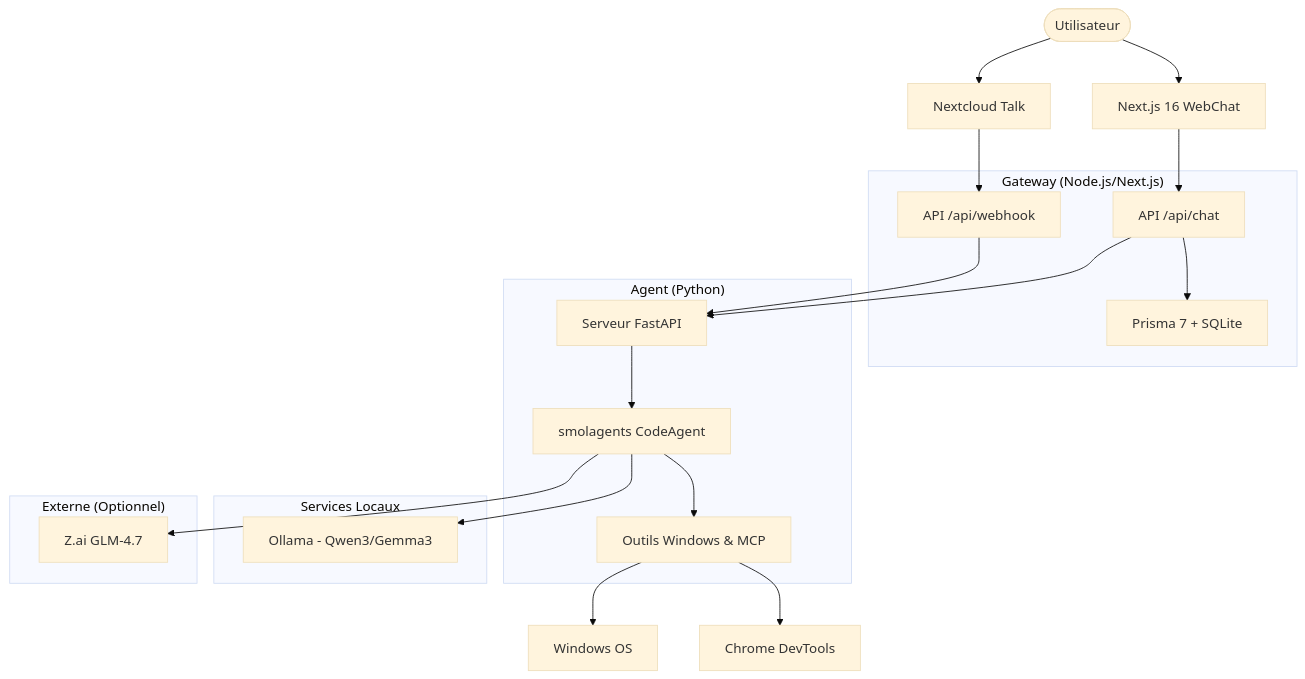
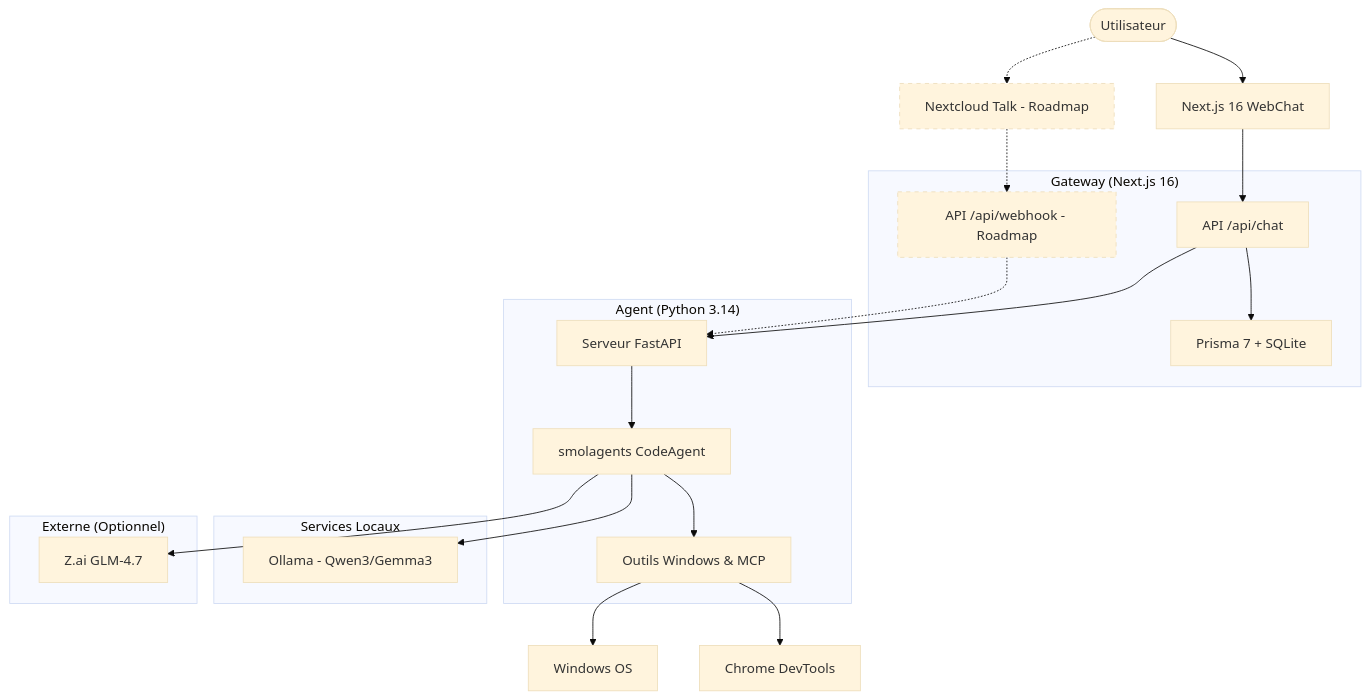
One commit to laurentvv/my-claw changed the diagram in README.fr.md. Above: the diagram before and after it, drawn with Mermaid (base theme). The commit also changed other lines of this file and 5 other files, not shown here.

````diff
--- a/README.fr.md
+++ b/README.fr.md
@@ -50,40 +50,43 @@
 ```mermaid
 graph TD
     User([Utilisateur])
     WebChat[Next.js 16 WebChat]
-    NCTalk[Nextcloud Talk]
+    NCTalk[Nextcloud Talk - Roadmap]
 
-    subgraph "Gateway (Node.js/Next.js)"
+    subgraph Gateway ["Gateway (Next.js 16)"]
         API_Chat[API /api/chat]
-        API_Webhook[API /api/webhook]
+        API_Webhook[API /api/webhook - Roadmap]
         Prisma[Prisma 7 + SQLite]
     end
 
-    subgraph "Agent (Python)"
+    subgraph Agent ["Agent (Python 3.14)"]
         FastAPI[Serveur FastAPI]
         Smolagents[smolagents CodeAgent]
         Tools[Outils Windows & MCP]
     end
 
-    subgraph "Services Locaux"
+    subgraph Local ["Services Locaux"]
         Ollama[Ollama - Qwen3/Gemma3]
     end
 
-    subgraph "Externe (Optionnel)"
+    subgraph Cloud ["Externe (Optionnel)"]
         ZAI[Z.ai GLM-4.7]
     end
 
     User --> WebChat
-    User --> NCTalk
+    User -.-> NCTalk
     WebChat --> API_Chat
-    NCTalk --> API_Webhook
+    NCTalk -.-> API_Webhook
     API_Chat --> Prisma
     API_Chat --> FastAPI
-    API_Webhook --> FastAPI
+    API_Webhook -.-> FastAPI
     FastAPI --> Smolagents
     Smolagents --> Tools
     Smolagents --> Ollama
     Smolagents --> ZAI
     Tools --> Windows[Windows OS]
     Tools --> Chrome[Chrome DevTools]
+
+    style NCTalk stroke-dasharray: 5 5
+    style API_Webhook stroke-dasharray: 5 5
 ```
````
